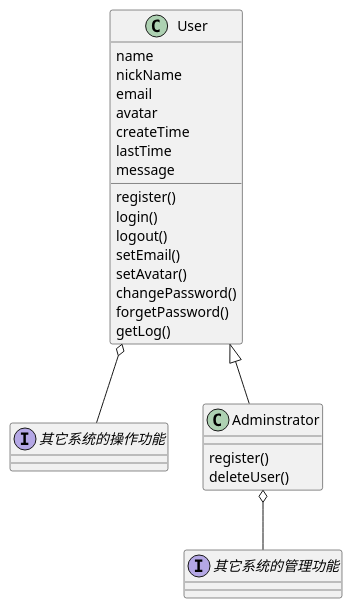
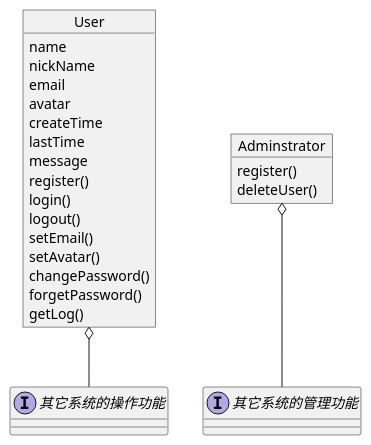
Before and after one commit to alwxkxk/akoa: the first of 3 diagrams in doc/用户系统的设计.md, drawn with PlantUML. The commit also changed other lines of this file and 8 other files, not shown here.

````diff
--- a/doc/用户系统的设计.md
+++ b/doc/用户系统的设计.md
@@ -25,32 +25,31 @@
 ```puml
 @startuml
 interface 其它系统的操作功能
 interface 其它系统的管理功能
-class User {
+object User {
   name
   nickName
   email
   avatar
   createTime
   lastTime
   message
   register()
   login()
   logout()
   setEmail()
   setAvatar()
   changePassword()
   forgetPassword()
   getLog()
 }
 
-class Adminstrator{
+object Adminstrator{
 	register()
 	deleteUser()
 }
 
-User <|-- Adminstrator
 User o-- 其它系统的操作功能
 Adminstrator o-- 其它系统的管理功能
 @enduml
 ```
````
